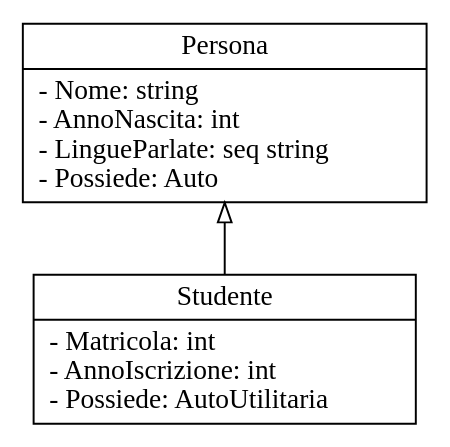
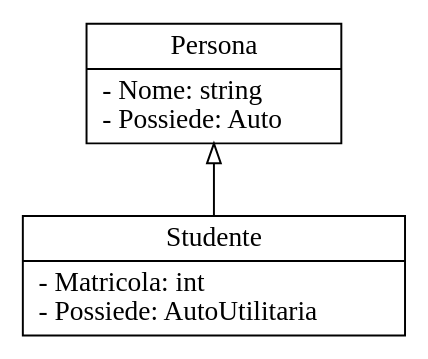
One commit to alek3y/cs changed the tenth of 14 diagrams in src/ct0006-1/README.md. Above: the diagram before and after it, drawn with Graphviz. The commit also changed other lines of this file and 1 other file, not shown here.

````diff
--- a/src/ct0006-1/README.md
+++ b/src/ct0006-1/README.md
@@ -126,10 +175,10 @@
 ```dot process
 digraph {
 	rankdir=TB
 	node [shape=record]
-	edge [dir=both]
-	Persona [label="{Persona | - Nome: string\l- AnnoNascita: int\l- LingueParlate: seq string\l- Possiede: Auto\l}"]
-	Studente [label="{Studente | - Matricola: int\l- AnnoIscrizione: int\l- Possiede: AutoUtilitaria\l}"]
-	Persona -> Studente [arrowhead=none arrowtail=onormal]
+	edge [dir=back]
+	Persona [label="{Persona | - Nome: string\l- Possiede: Auto\l}"]
+	Studente [label="{Studente | - Matricola: int\l- Possiede: AutoUtilitaria\l}"]
+	Persona -> Studente [arrowtail=onormal]
 }
 ```
````
